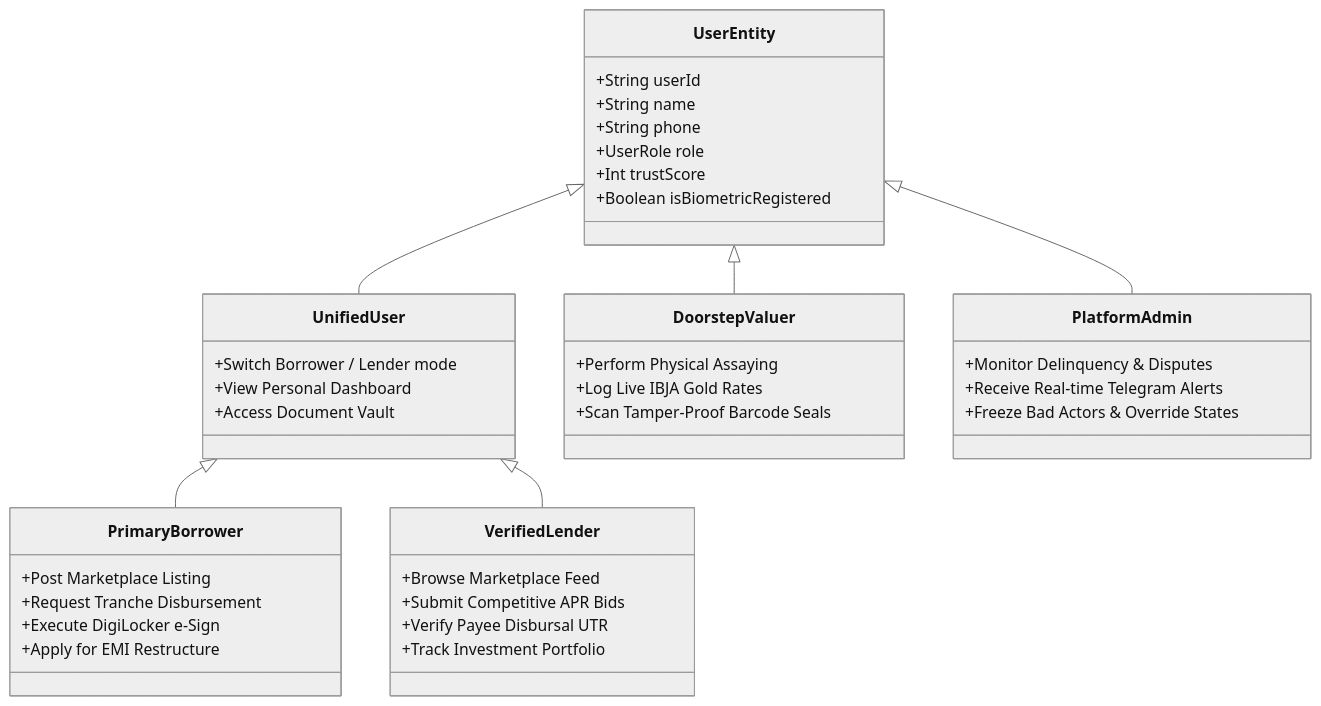
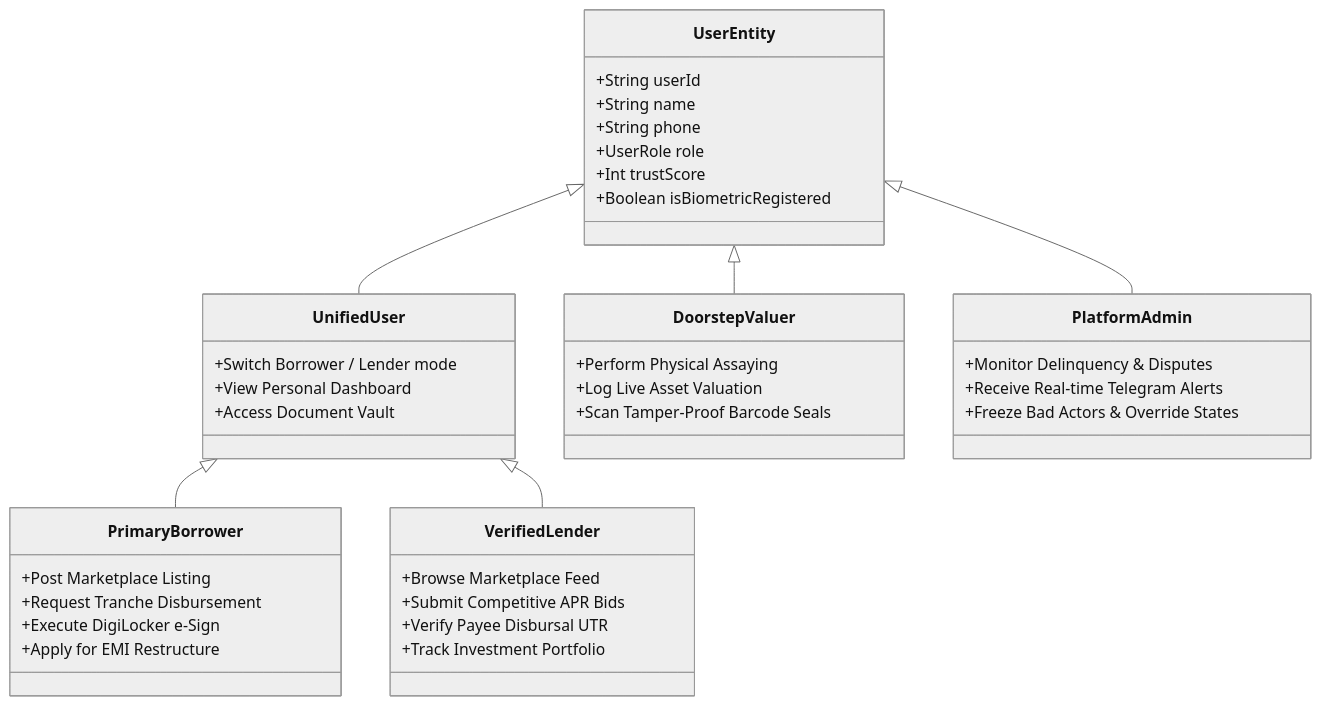
One commit to Satya0810/Loanzo changed the third of 3 diagrams in README.md. Above: the diagram before and after it, drawn with Mermaid (neutral theme). The commit also changed other lines of this file, not shown here.

Commit message:
docs: finalize clean README with pristine typography, visual screenshot gallery, and multi-asset architecture

````diff
--- a/README.md
+++ b/README.md
@@ -219,49 +225,49 @@
 ```mermaid
 classDiagram
     class UserEntity {
         +String userId
         +String name
         +String phone
         +UserRole role
         +Int trustScore
         +Boolean isBiometricRegistered
     }
 
     class UnifiedUser {
         +Switch Borrower / Lender mode
         +View Personal Dashboard
         +Access Document Vault
     }
 
     class PrimaryBorrower {
         +Post Marketplace Listing
         +Request Tranche Disbursement
         +Execute DigiLocker e-Sign
         +Apply for EMI Restructure
     }
 
     class VerifiedLender {
         +Browse Marketplace Feed
         +Submit Competitive APR Bids
         +Verify Payee Disbursal UTR
         +Track Investment Portfolio
     }
 
     class DoorstepValuer {
         +Perform Physical Assaying
-        +Log Live IBJA Gold Rates
+        +Log Live Asset Valuation
         +Scan Tamper-Proof Barcode Seals
     }
 
     class PlatformAdmin {
         +Monitor Delinquency & Disputes
         +Receive Real-time Telegram Alerts
         +Freeze Bad Actors & Override States
     }
 
     UserEntity <|-- UnifiedUser
     UnifiedUser <|-- PrimaryBorrower
     UnifiedUser <|-- VerifiedLender
     UserEntity <|-- DoorstepValuer
     UserEntity <|-- PlatformAdmin
 ```
````
